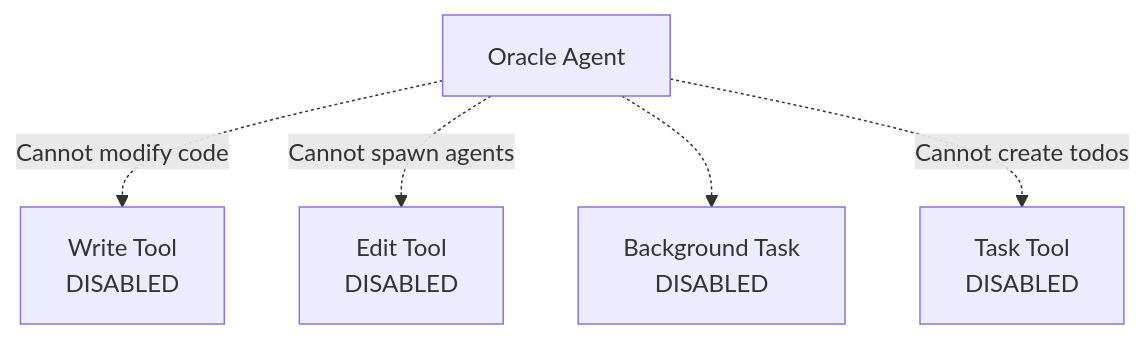
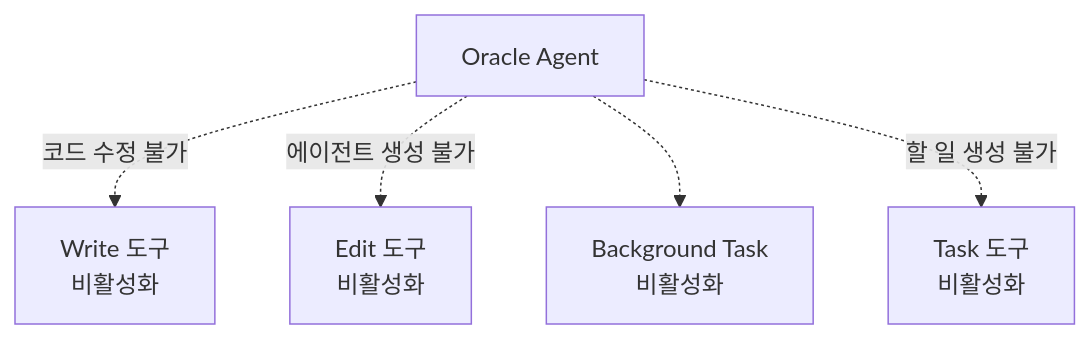
The fifth of 11 diagrams in docs/agents/oracle-agent.md (felipetruman/oh-my-opencode-docs), drawn with Mermaid before and after one commit. The commit also changed other lines of this file and 76 other files, not shown here.

````diff
--- a/docs/agents/oracle-agent.md
+++ b/docs/agents/oracle-agent.md
@@ -232,14 +232,14 @@
 ```mermaid
 flowchart TD
 
 Oracle["Oracle Agent"]
-Write["Write Tool<br>DISABLED"]
-Edit["Edit Tool<br>DISABLED"]
-Task["Task Tool<br>DISABLED"]
-BgTask["Background Task<br>DISABLED"]
+Write["Write 도구<br>비활성화"]
+Edit["Edit 도구<br>비활성화"]
+Task["Task 도구<br>비활성화"]
+BgTask["Background Task<br>비활성화"]
 
-Oracle -.->|"Cannot modify code"| Write
-Oracle -.->|"Cannot spawn agents"| Edit
+Oracle -.->|"코드 수정 불가"| Write
+Oracle -.->|"에이전트 생성 불가"| Edit
 Oracle -.-> BgTask
-Oracle -.->|"Cannot create todos"| Task
+Oracle -.->|"할 일 생성 불가"| Task
 ```
````
